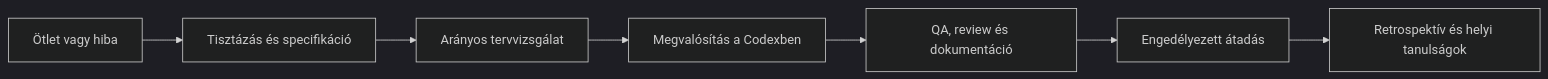
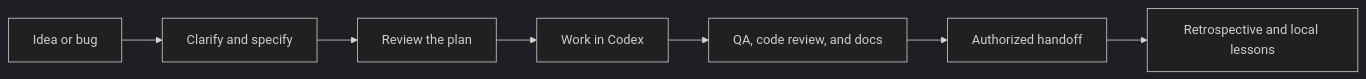
One commit to BillBalint-SM/bstack-workbook changed the first of 3 diagrams in README.md. Above: the diagram before and after it, drawn with Mermaid (dark theme). The commit also changed other lines of this file and 1 other file, not shown here.

````diff
--- a/README.md
+++ b/README.md
@@ -27,9 +25,9 @@
 ```mermaid
 flowchart LR
-    A["Ötlet vagy hiba"] --> B["Tisztázás és specifikáció"]
-    B --> C["Arányos tervvizsgálat"]
-    C --> D["Megvalósítás a Codexben"]
-    D --> E["QA, review és dokumentáció"]
-    E --> F["Engedélyezett átadás"]
-    F --> G["Retrospektív és helyi tanulságok"]
+    A["Idea or bug"] --> B["Clarify and specify"]
+    B --> C["Review the plan"]
+    C --> D["Work in Codex"]
+    D --> E["QA, code review, and docs"]
+    E --> F["Authorized handoff"]
+    F --> G["Retrospective and local lessons"]
 ```
````
